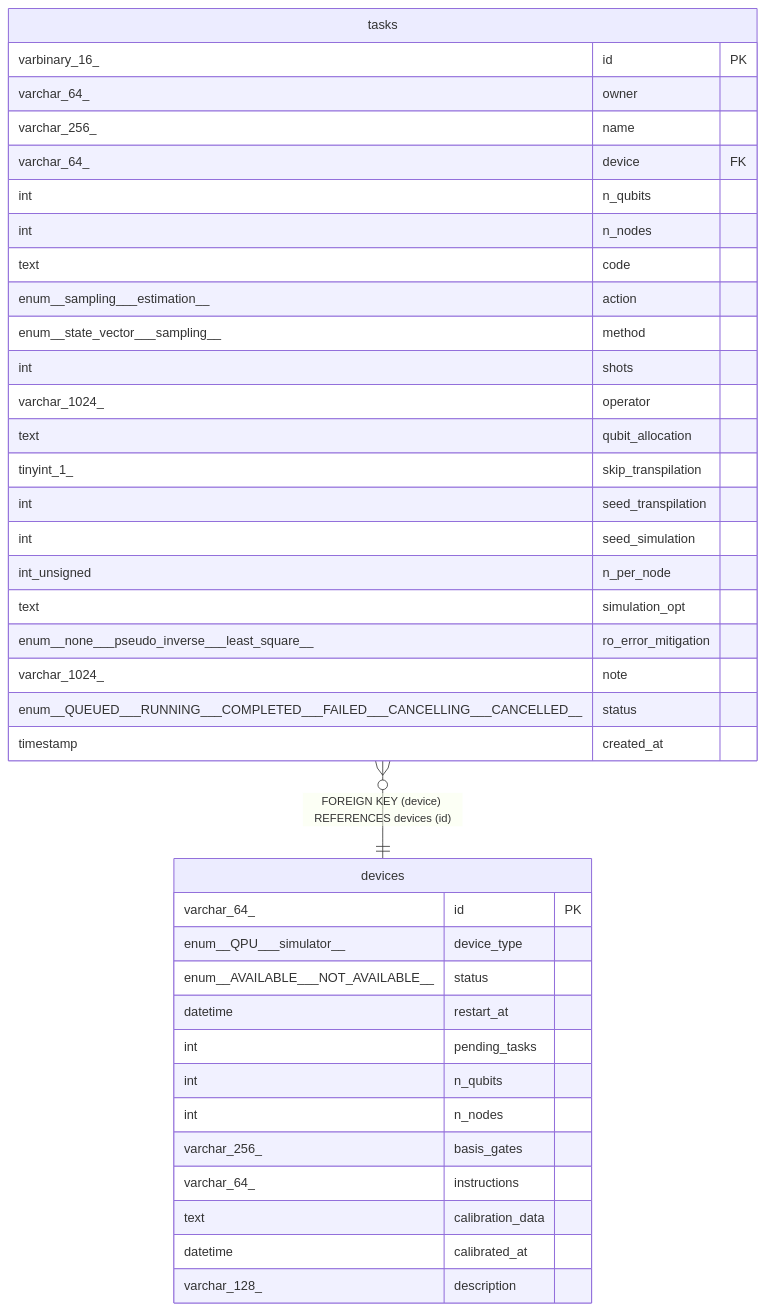
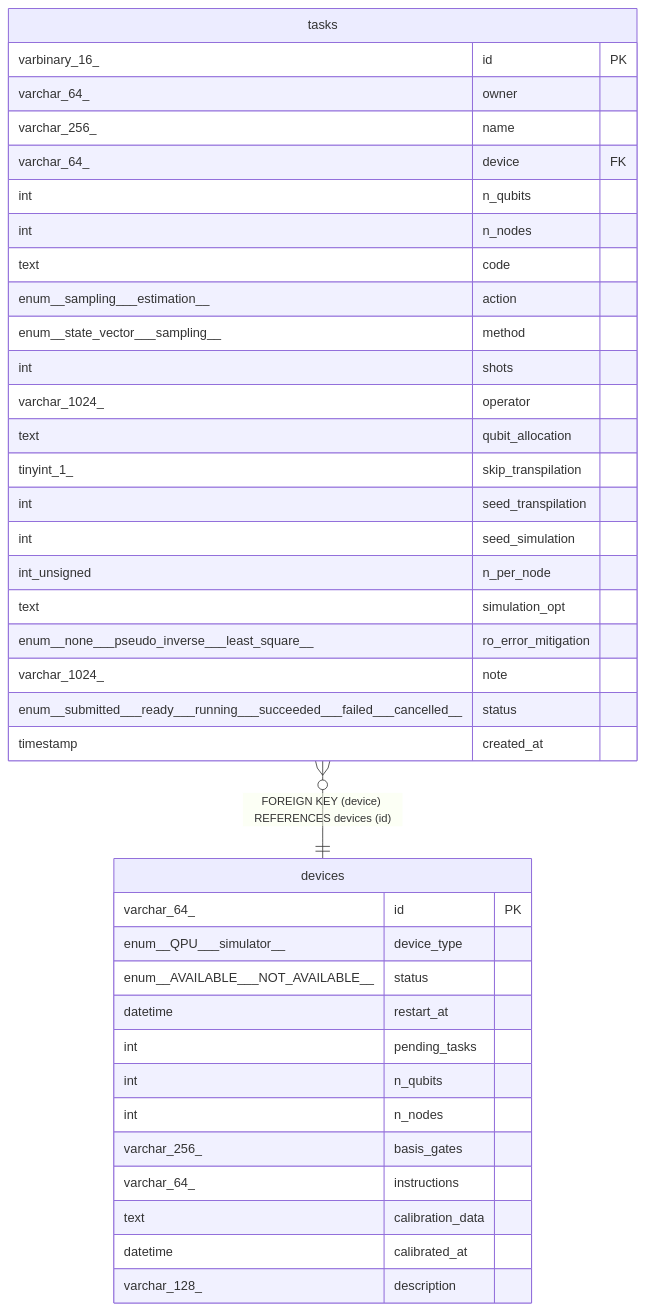
The diagram in docs/schema/devices.md (oqtopus-team/oqtopus-cloud), drawn with Mermaid before and after one commit. The commit also changed 37 other files, not shown here.

````diff
--- a/docs/schema/devices.md
+++ b/docs/schema/devices.md
@@ -59,43 +59,43 @@
 ```mermaid
 erDiagram
 
 "tasks" }o--|| "devices" : "FOREIGN KEY (device) REFERENCES devices (id)"
 
 "devices" {
   varchar_64_ id PK
   enum__QPU___simulator__ device_type
   enum__AVAILABLE___NOT_AVAILABLE__ status
   datetime restart_at
   int pending_tasks
   int n_qubits
   int n_nodes
   varchar_256_ basis_gates
   varchar_64_ instructions
   text calibration_data
   datetime calibrated_at
   varchar_128_ description
 }
 "tasks" {
   varbinary_16_ id PK
   varchar_64_ owner
   varchar_256_ name
   varchar_64_ device FK
   int n_qubits
   int n_nodes
   text code
   enum__sampling___estimation__ action
   enum__state_vector___sampling__ method
   int shots
   varchar_1024_ operator
   text qubit_allocation
   tinyint_1_ skip_transpilation
   int seed_transpilation
   int seed_simulation
   int_unsigned n_per_node
   text simulation_opt
   enum__none___pseudo_inverse___least_square__ ro_error_mitigation
   varchar_1024_ note
-  enum__QUEUED___RUNNING___COMPLETED___FAILED___CANCELLING___CANCELLED__ status
+  enum__submitted___ready___running___succeeded___failed___cancelled__ status
   timestamp created_at
 }
 ```
````
